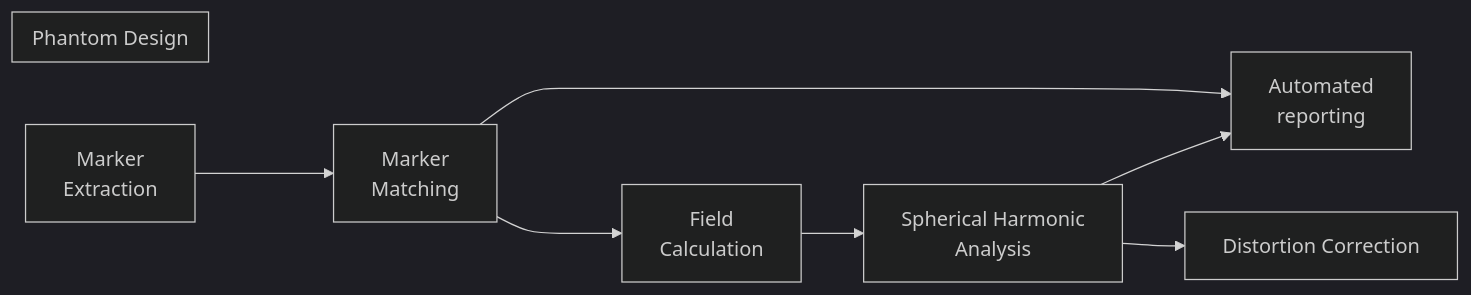
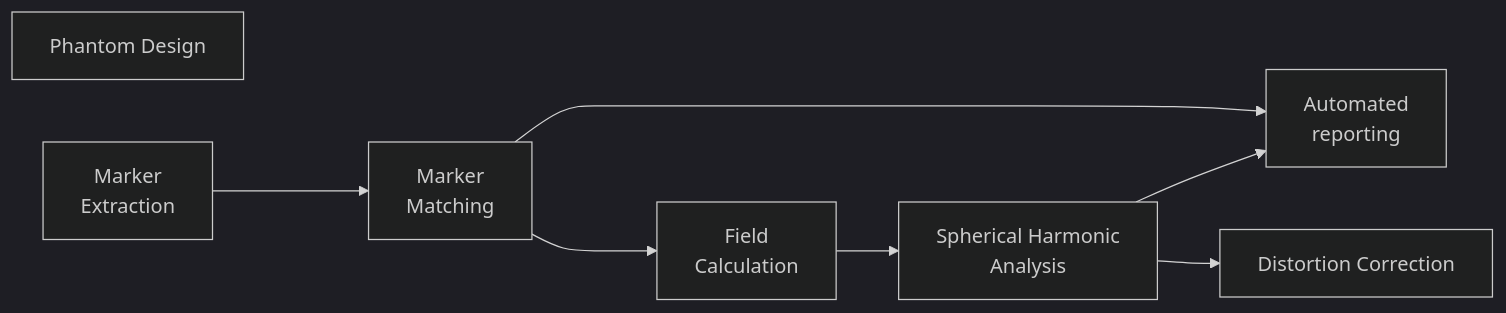
Before and after one commit to Image-X-Institute/mri_distortion_toolkit: the diagram in README.md, drawn with Mermaid (dark theme). The commit also changed other lines of this file, not shown here.

````diff
--- a/README.md
+++ b/README.md
@@ -8,19 +8,18 @@
 ```mermaid
+flowchart LR
 
-flowchart LR
-subgraph AA[Phantom Design]
-end
-    A[Marker <br>Extraction]--->B[Marker <br>Matching]
-    B[Marker <br>Matching]--->C[Field <br> Calculation] & E[Automated <br>reporting]
-    C[Field <br> Calculation]-->D[Spherical Harmonic <br>Analysis]
-    D[Spherical Harmonic <br>Analysis]-->E[Automated <br>reporting];
-    D[Spherical Harmonic <br>Analysis]-->F[Distortion Correction]
-	
+AA[Phantom Design]
 
-    click AA "https://acrf-image-x-institute.github.io/mri_distortion_toolkit/phantom_notes.html"
-    click A "https://acrf-image-x-institute.github.io/mri_distortion_toolkit/marker_extraction.html"
-    click B "https://acrf-image-x-institute.github.io/mri_distortion_toolkit/marker_matching.html"
-    click C "https://acrf-image-x-institute.github.io/mri_distortion_toolkit/field_calculation.html"
-    click D "https://acrf-image-x-institute.github.io/mri_distortion_toolkit/fit_spherical_harmonics.html"
-    click E "https://acrf-image-x-institute.github.io/mri_distortion_toolkit/reporting.html"
+A[Marker <br>Extraction]--->B[Marker <br>Matching]
+B[Marker <br>Matching]--->C[Field <br> Calculation] & E[Automated <br>reporting]
+C[Field <br> Calculation]-->D[Spherical Harmonic <br>Analysis]
+D[Spherical Harmonic <br>Analysis]-->E[Automated <br>reporting];
+D[Spherical Harmonic <br>Analysis]-->F[Distortion Correction]
+
+click AA "https://acrf-image-x-institute.github.io/mri_distortion_toolkit/phantom_notes.html"
+click A "https://acrf-image-x-institute.github.io/mri_distortion_toolkit/marker_extraction.html"
+click B "https://acrf-image-x-institute.github.io/mri_distortion_toolkit/marker_matching.html"
+click C "https://acrf-image-x-institute.github.io/mri_distortion_toolkit/field_calculation.html"
+click D "https://acrf-image-x-institute.github.io/mri_distortion_toolkit/fit_spherical_harmonics.html"
+click E "https://acrf-image-x-institute.github.io/mri_distortion_toolkit/reporting.html"
 ```
````
